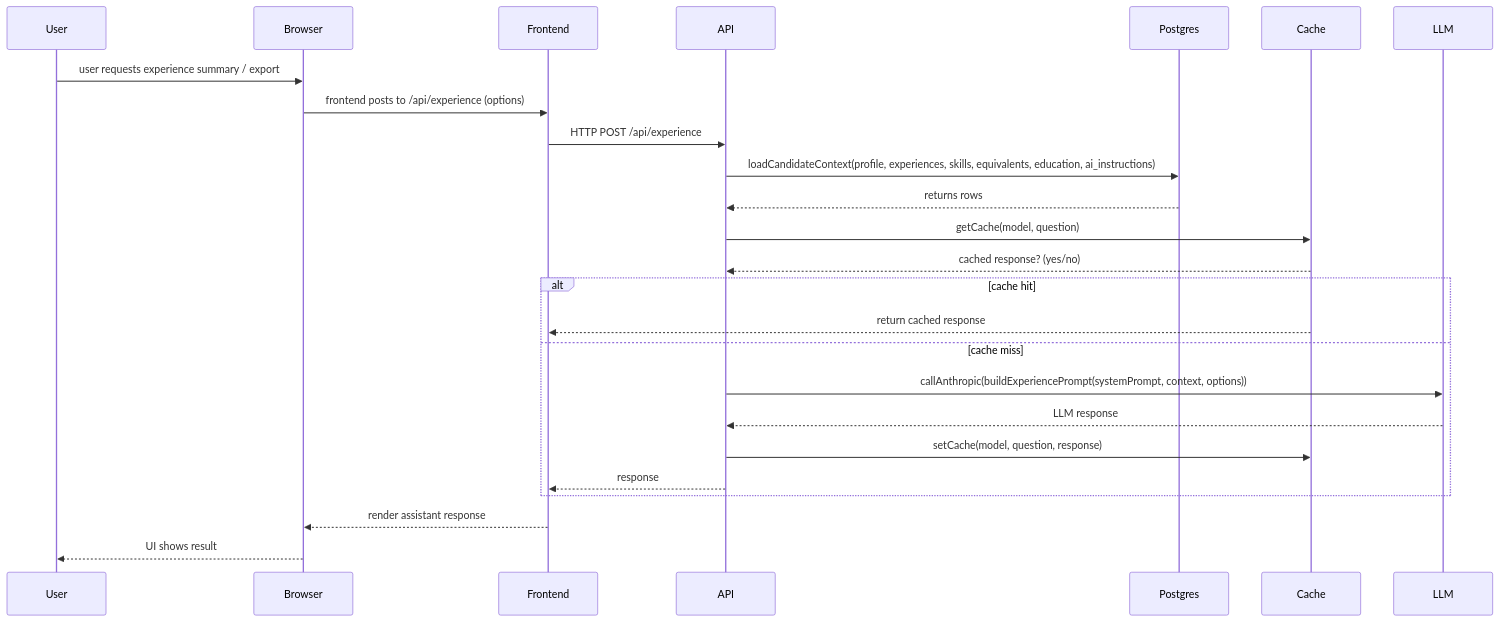
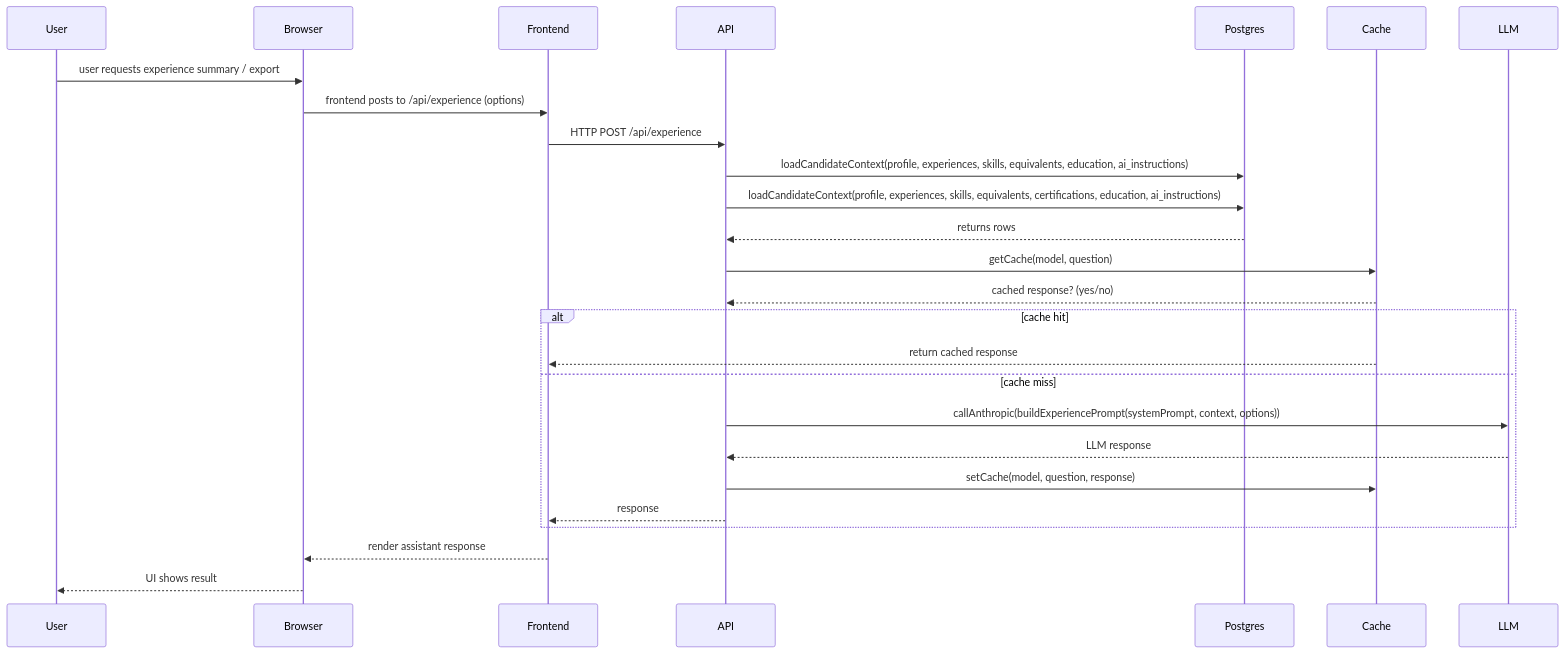
Before and after one commit to devgoon/me: the third of 5 diagrams in docs/DESIGN.md, drawn with Mermaid. The commit also changed other lines of this file and 3 other files, not shown here.

````diff
--- a/docs/DESIGN.md
+++ b/docs/DESIGN.md
@@ -71,28 +67,29 @@
 ```mermaid
 sequenceDiagram
   participant U as User
   participant B as Browser
   participant F as Frontend
   participant A as API
   participant DB as Postgres
   participant C as Cache
   participant L as LLM
 
   U->>B: user requests experience summary / export
   B->>F: frontend posts to /api/experience (options)
   F->>A: HTTP POST /api/experience
   A->>DB: loadCandidateContext(profile, experiences, skills, equivalents, education, ai_instructions)
+  A->>DB: loadCandidateContext(profile, experiences, skills, equivalents, certifications, education, ai_instructions)
   DB-->>A: returns rows
   A->>C: getCache(model, question)
   C-->>A: cached response? (yes/no)
   alt cache hit
     C-->>F: return cached response
   else cache miss
     A->>L: callAnthropic(buildExperiencePrompt(systemPrompt, context, options))
     L-->>A: LLM response
     A->>C: setCache(model, question, response)
     A-->>F: response
   end
   F-->>B: render assistant response
   B-->>U: UI shows result
 ```
````
